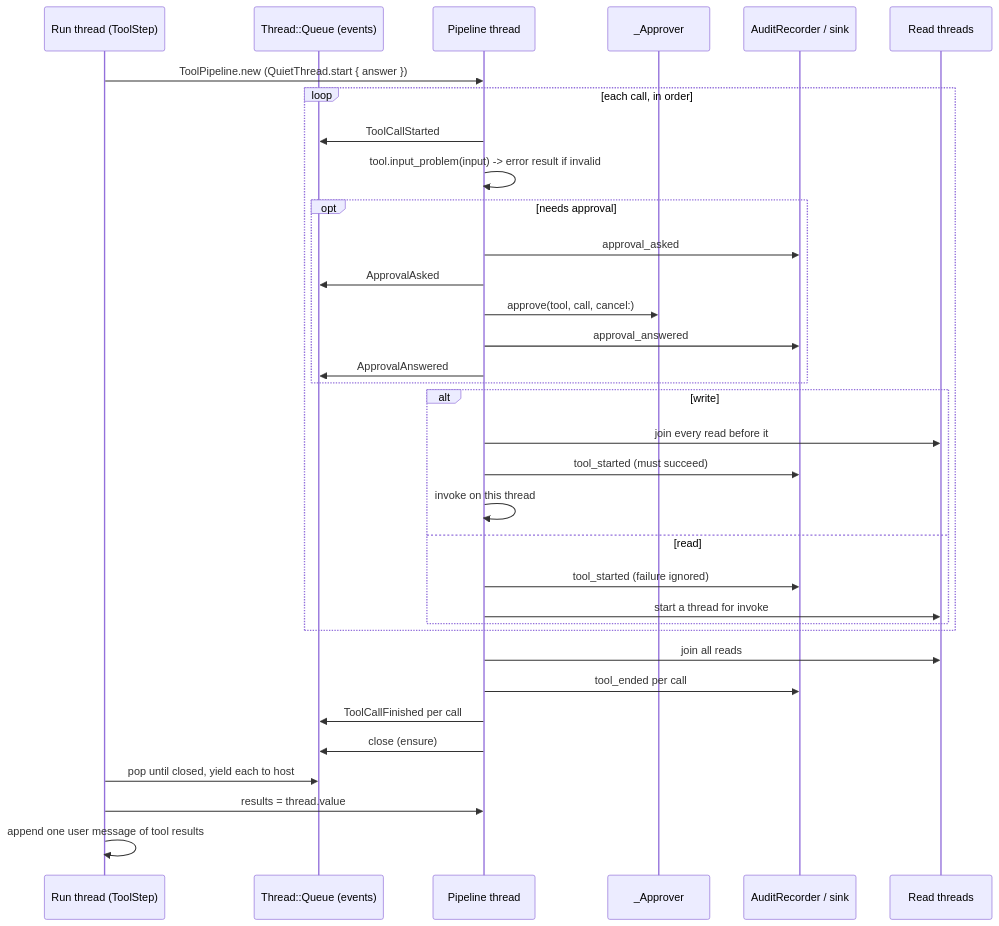
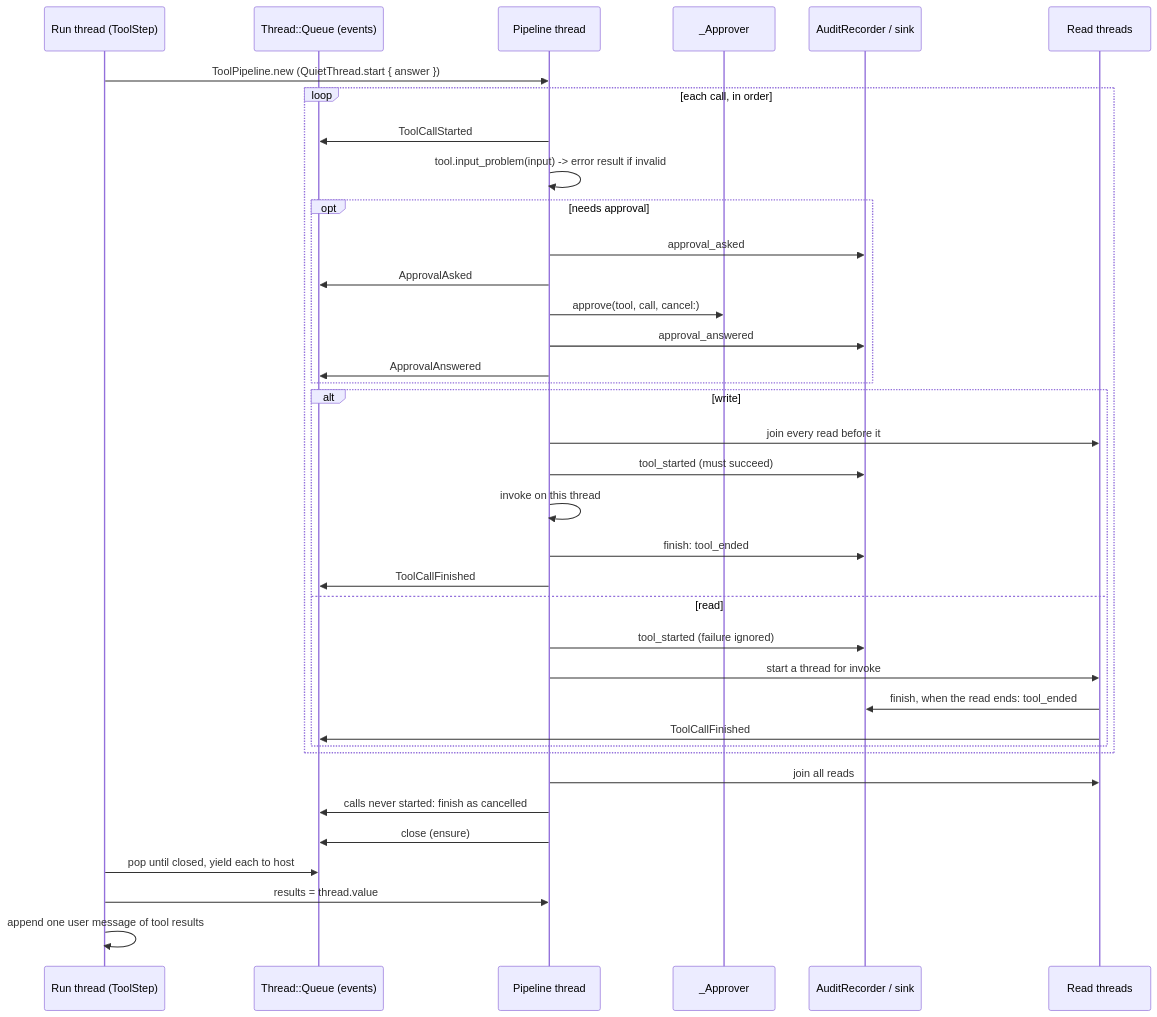
The third of 12 diagrams in ruby/docs/guide-for-dotnet-developers.md (sleepyshark85/Officina), drawn with Mermaid before and after one commit. The commit also changed other lines of this file, not shown here.

Commit message:
Fix the Ruby guide per review round 1

````diff
--- a/ruby/docs/guide-for-dotnet-developers.md
+++ b/ruby/docs/guide-for-dotnet-developers.md
@@ -288,36 +289,39 @@
 ```mermaid
 sequenceDiagram
     participant RT as Run thread (ToolStep)
     participant Q as Thread::Queue (events)
     participant P as Pipeline thread
     participant AP as _Approver
     participant AU as AuditRecorder / sink
     participant R as Read threads
     RT->>P: ToolPipeline.new (QuietThread.start { answer })
     loop each call, in order
         P->>Q: ToolCallStarted
         P->>P: tool.input_problem(input) -> error result if invalid
         opt needs approval
             P->>AU: approval_asked
             P->>Q: ApprovalAsked
             P->>AP: approve(tool, call, cancel:)
             P->>AU: approval_answered
             P->>Q: ApprovalAnswered
         end
         alt write
             P->>R: join every read before it
             P->>AU: tool_started (must succeed)
             P->>P: invoke on this thread
+            P->>AU: finish: tool_ended
+            P->>Q: ToolCallFinished
         else read
             P->>AU: tool_started (failure ignored)
             P->>R: start a thread for invoke
+            R->>AU: finish, when the read ends: tool_ended
+            R->>Q: ToolCallFinished
         end
     end
     P->>R: join all reads
-    P->>AU: tool_ended per call
-    P->>Q: ToolCallFinished per call
+    P->>Q: calls never started: finish as cancelled
     P->>Q: close (ensure)
     RT->>Q: pop until closed, yield each to host
     RT->>P: results = thread.value
     RT->>RT: append one user message of tool results
 ```
````
